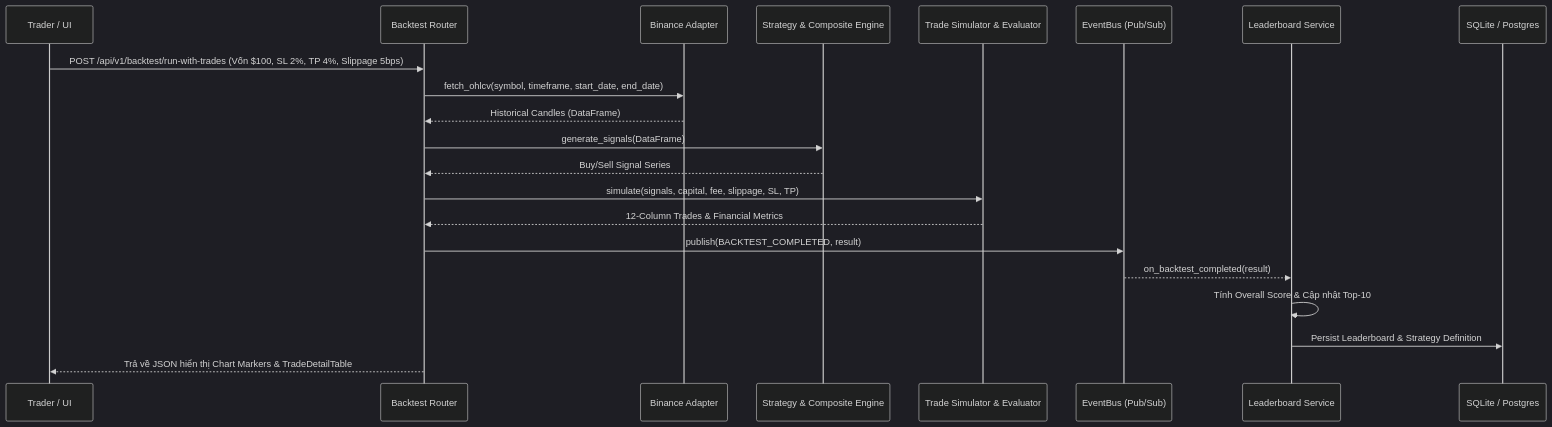
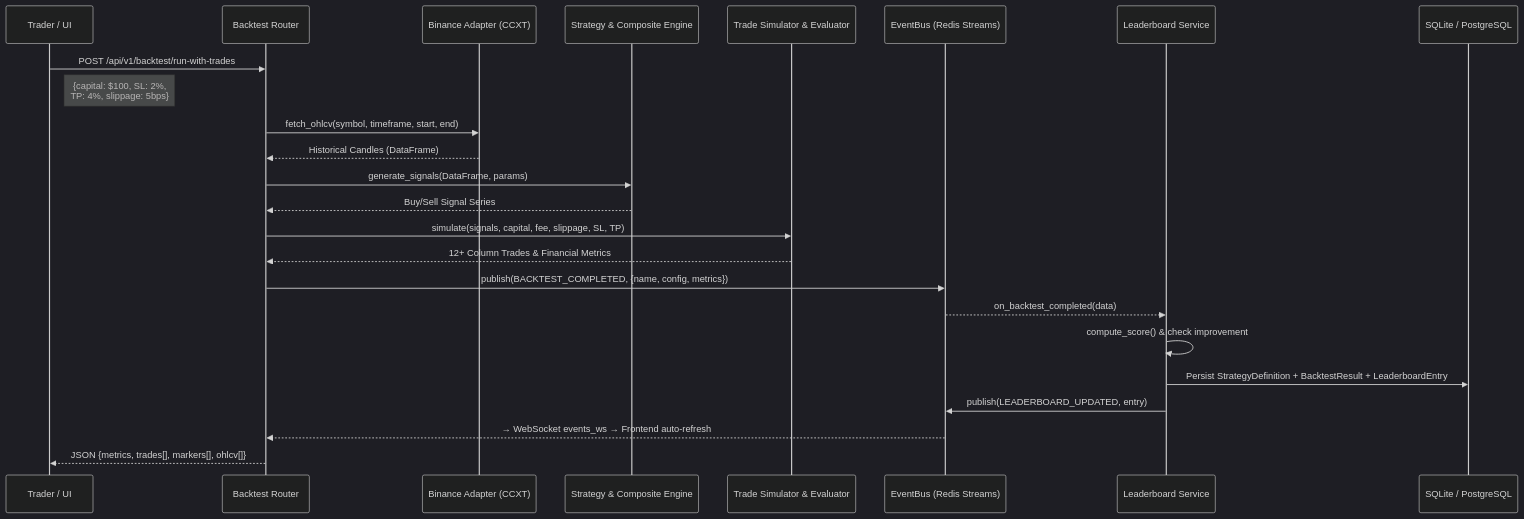
The fourth of 6 diagrams in docs/architecture.md (ngnam2012/KTPM-crypto-project), drawn with Mermaid (dark theme) before and after one commit. The commit also changed other lines of this file and 1 other file, not shown here.

Commit message:
docs: refactor architecture documentation and add 10-question QA checklist

````diff
--- a/docs/architecture.md
+++ b/docs/architecture.md
@@ -164,24 +215,27 @@
 ```mermaid
 sequenceDiagram
     participant User as Trader / UI
     participant API as Backtest Router
-    participant Adapter as Binance Adapter
+    participant Adapter as Binance Adapter (CCXT)
     participant Engine as Strategy & Composite Engine
     participant Sim as Trade Simulator & Evaluator
-    participant Bus as EventBus (Pub/Sub)
+    participant Bus as EventBus (Redis Streams)
     participant LB as Leaderboard Service
-    participant DB as SQLite / Postgres
+    participant DB as SQLite / PostgreSQL
 
-    User->>API: POST /api/v1/backtest/run-with-trades (Vốn $100, SL 2%, TP 4%, Slippage 5bps)
-    API->>Adapter: fetch_ohlcv(symbol, timeframe, start_date, end_date)
+    User->>API: POST /api/v1/backtest/run-with-trades
+    Note right of User: {capital: $100, SL: 2%,<br/>TP: 4%, slippage: 5bps}
+    API->>Adapter: fetch_ohlcv(symbol, timeframe, start, end)
     Adapter-->>API: Historical Candles (DataFrame)
-    API->>Engine: generate_signals(DataFrame)
+    API->>Engine: generate_signals(DataFrame, params)
     Engine-->>API: Buy/Sell Signal Series
     API->>Sim: simulate(signals, capital, fee, slippage, SL, TP)
-    Sim-->>API: 12-Column Trades & Financial Metrics
-    API->>Bus: publish(BACKTEST_COMPLETED, result)
-    Bus-->>LB: on_backtest_completed(result)
-    LB->>LB: Tính Overall Score & Cập nhật Top-10
-    LB->>DB: Persist Leaderboard & Strategy Definition
-    API-->>User: Trả về JSON hiển thị Chart Markers & TradeDetailTable
+    Sim-->>API: 12+ Column Trades & Financial Metrics
+    API->>Bus: publish(BACKTEST_COMPLETED, {name, config, metrics})
+    Bus-->>LB: on_backtest_completed(data)
+    LB->>LB: compute_score() & check improvement
+    LB->>DB: Persist StrategyDefinition + BacktestResult + LeaderboardEntry
+    LB->>Bus: publish(LEADERBOARD_UPDATED, entry)
+    Bus-->>API: → WebSocket events_ws → Frontend auto-refresh
+    API-->>User: JSON {metrics, trades[], markers[], ohlcv[]}
 ```
````
